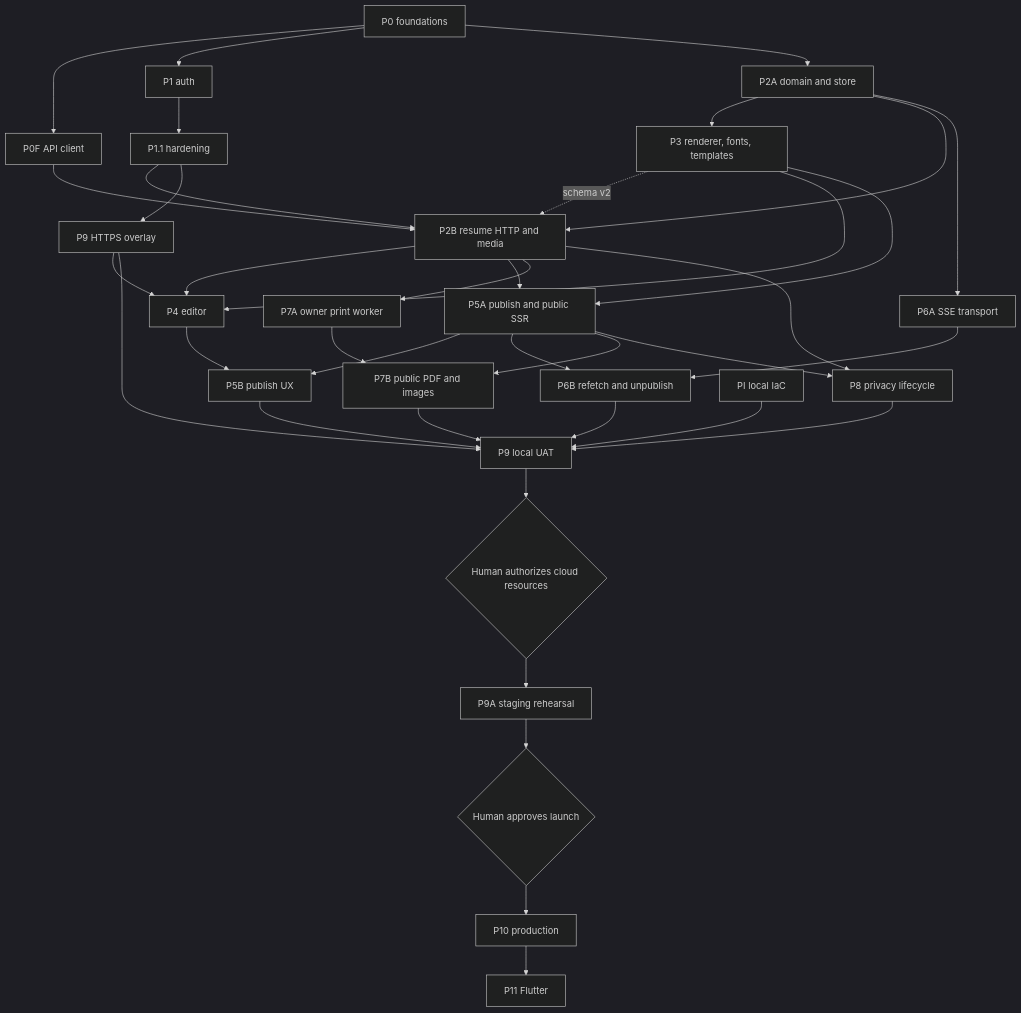
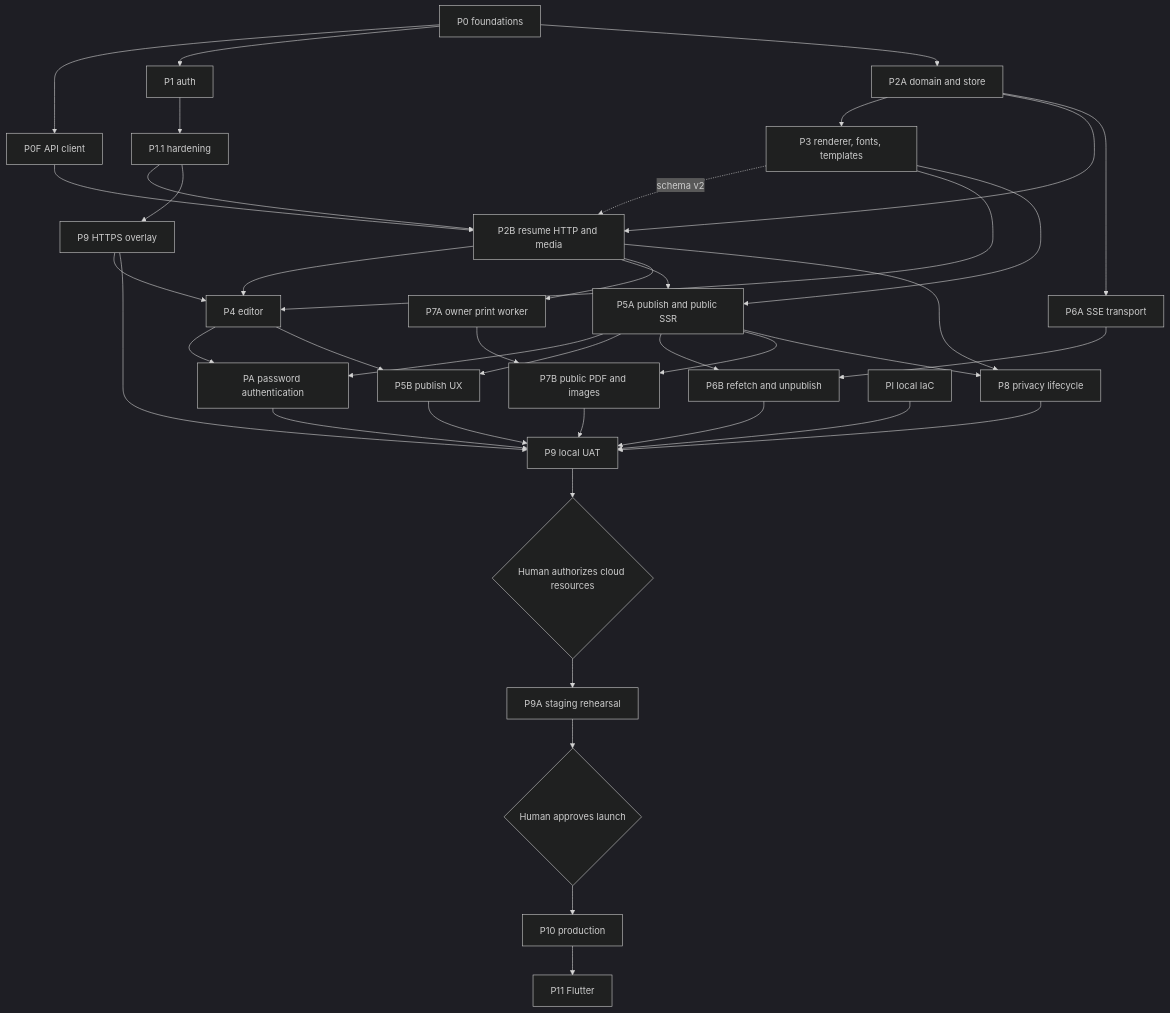
One commit to dannyota/aboutme changed the diagram in docs/plans/implementation-plan.md. Above: the diagram before and after it, drawn with Mermaid (dark theme). The commit also changed other lines of this file and 23 other files, not shown here.

Commit message:
docs(auth): plan password authentication

````diff
--- a/docs/plans/implementation-plan.md
+++ b/docs/plans/implementation-plan.md
@@ -87,39 +89,42 @@
 ```mermaid
 graph TD
     P0[P0 foundations] --> P0F[P0F API client]
     P0 --> P1[P1 auth]
     P1 --> P11[P1.1 hardening]
     P0 --> P2A[P2A domain and store]
     P2A --> P3[P3 renderer, fonts, templates]
     P2A --> P2B[P2B resume HTTP and media]
     P0F --> P2B
     P11 --> P2B
     P3 -. schema v2 .-> P2B
     P2B --> P4[P4 editor]
     P3 --> P4
     P9H --> P4
     P2B --> P5A[P5A publish and public SSR]
     P3 --> P5A
+    P4 --> PA[PA password authentication]
+    P5A --> PA
     P4 --> P5B[P5B publish UX]
     P5A --> P5B
     P2A --> P6A[P6A SSE transport]
     P5A --> P6B[P6B refetch and unpublish]
     P6A --> P6B
     P2B --> P7A[P7A owner print worker]
     P5A --> P7B[P7B public PDF and images]
     P7A --> P7B
     P2B --> P8P[P8 privacy lifecycle]
     P5A --> P8P
     P11 --> P9H[P9 HTTPS overlay]
     P5B --> P9[P9 local UAT]
     P6B --> P9
     P7B --> P9
     P8P --> P9
+    PA --> P9
     P9H --> P9
     PI[PI local IaC] --> P9
     P9 --> AUTH{Human authorizes cloud resources}
     AUTH --> P9A[P9A staging rehearsal]
     P9A --> LAUNCH{Human approves launch}
     LAUNCH --> P10[P10 production]
     P10 --> P11M[P11 Flutter]
 ```
````
